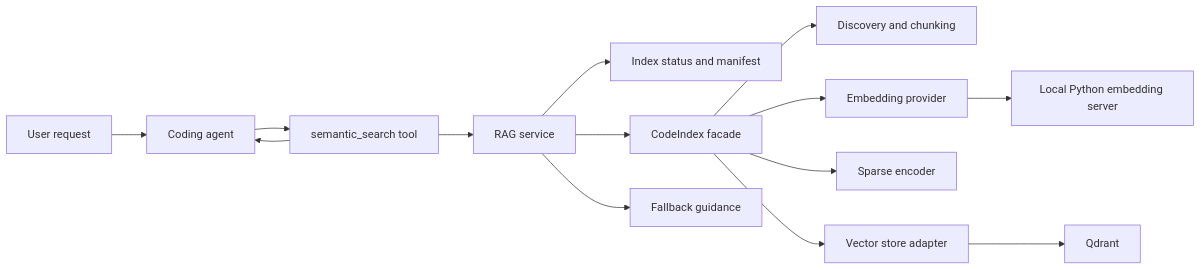
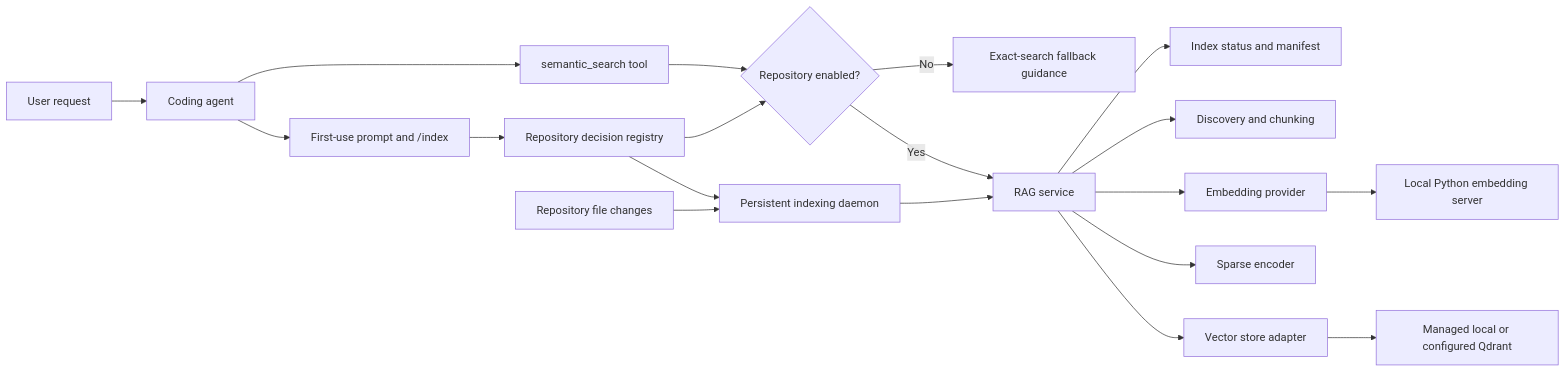
One commit to dst0/p changed the diagram in code-rag-plan.md. Above: the diagram before and after it, drawn with Mermaid. The commit also changed other lines of this file and 6 other files, not shown here.

Commit message:
docs(coding-agent): document managed code indexing

````diff
--- a/code-rag-plan.md
+++ b/code-rag-plan.md
@@ -311,16 +326,21 @@
 ```mermaid
 flowchart LR
     U[User request] --> A[Coding agent]
     A --> T[semantic_search tool]
-    T --> R[RAG service]
+    A --> C[First-use prompt and /index]
+    C --> D[Repository decision registry]
+    T --> G{Repository enabled?}
+    D --> G
+    G -- No --> F[Exact-search fallback guidance]
+    G -- Yes --> R[RAG service]
+    D --> X[Persistent indexing daemon]
+    W[Repository file changes] --> X
+    X --> R
     R --> S[Index status and manifest]
-    R --> C[CodeIndex facade]
-    C --> D[Discovery and chunking]
-    C --> E[Embedding provider]
-    C --> B[Sparse encoder]
-    C --> V[Vector store adapter]
-    V --> Q[Qdrant]
+    R --> H[Discovery and chunking]
+    R --> E[Embedding provider]
+    R --> B[Sparse encoder]
+    R --> V[Vector store adapter]
+    V --> Q[Managed local or configured Qdrant]
     E --> P[Local Python embedding server]
-    R --> F[Fallback guidance]
-    T --> A
 ```
````
